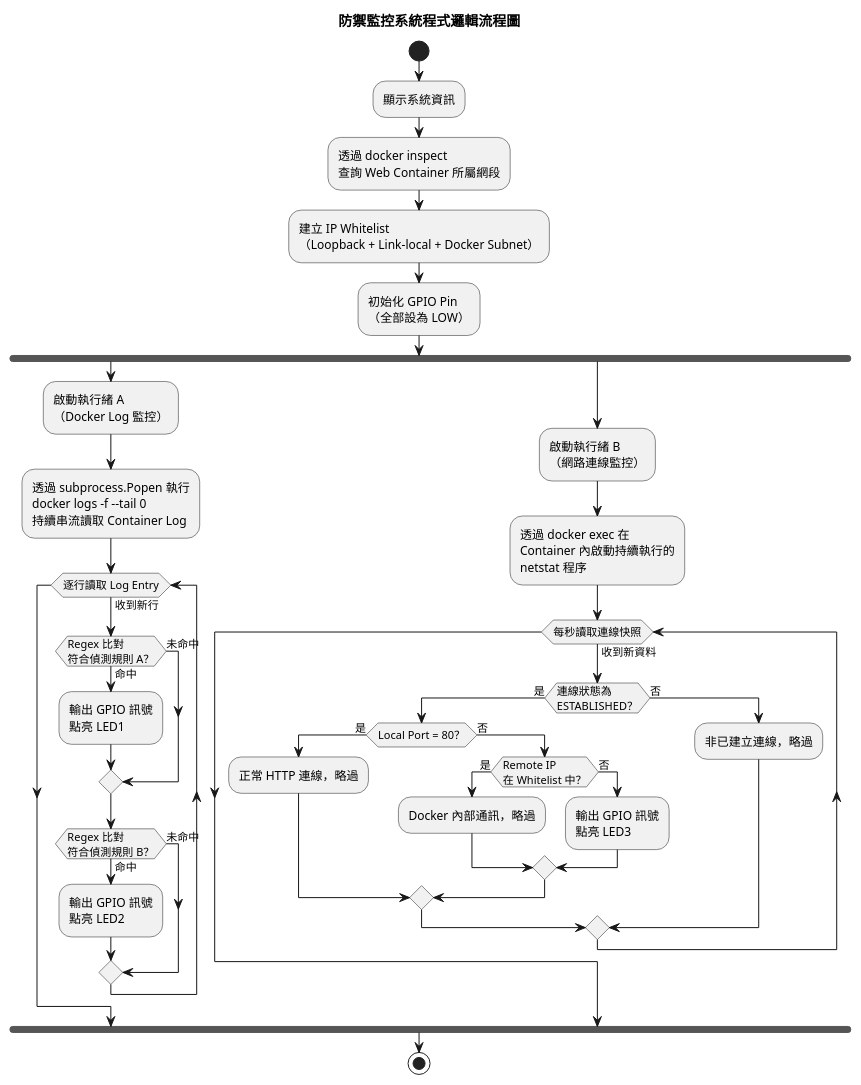
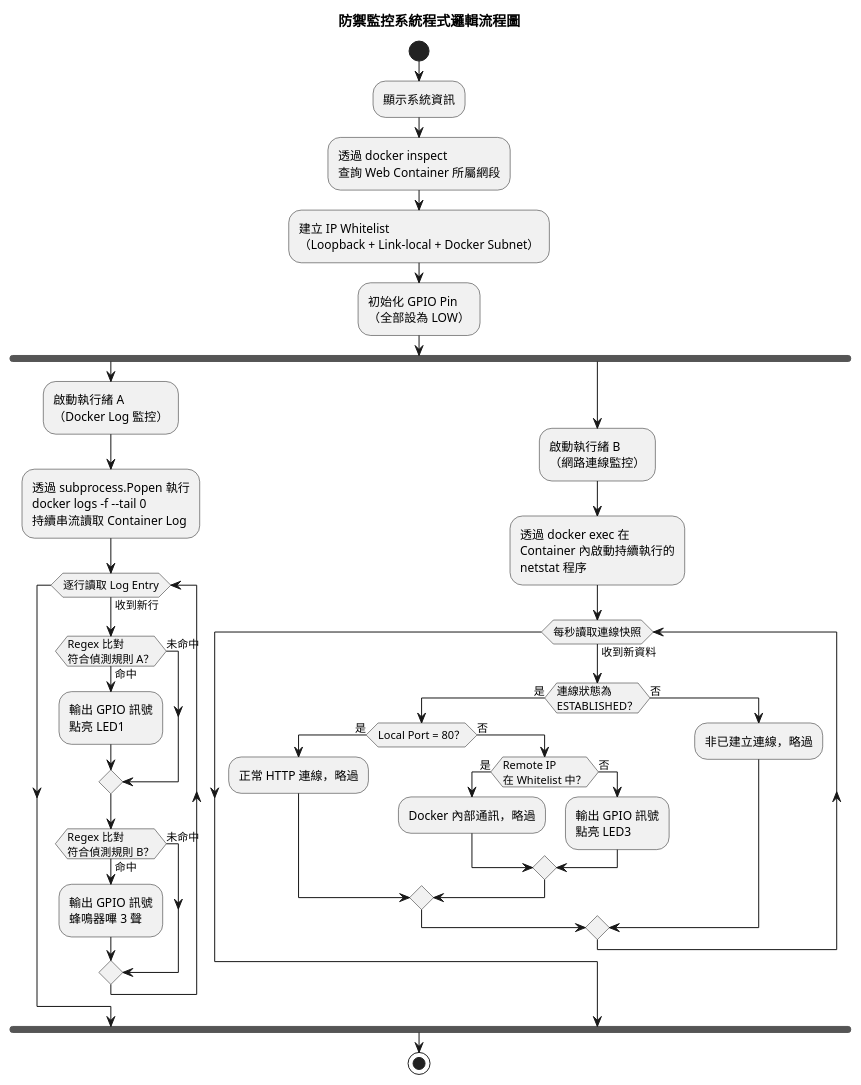
The diagram in docs/flowchart.puml (zyyuy0u/Physic-Flag-CTF), drawn with PlantUML before and after one commit. The commit also changed 6 other files, not shown here.

```diff
--- a/docs/flowchart.puml
+++ b/docs/flowchart.puml
@@ -7,68 +7,68 @@
 @startuml program_logic_flowchart
 title 防禦監控系統程式邏輯流程圖
 
 start
 
 :顯示系統資訊;
 
 :透過 docker inspect
 查詢 Web Container 所屬網段;
 
 :建立 IP Whitelist
 （Loopback + Link-local + Docker Subnet）;
 
 :初始化 GPIO Pin
 （全部設為 LOW）;
 
 fork
   :啟動執行緒 A
   （Docker Log 監控）;
 
   :透過 subprocess.Popen 執行
   docker logs -f --tail 0
   持續串流讀取 Container Log;
 
   while (逐行讀取 Log Entry) is (收到新行)
     if (Regex 比對\n符合偵測規則 A？) then (命中)
       :輸出 GPIO 訊號
       點亮 LED1;
     else (未命中)
     endif
 
     if (Regex 比對\n符合偵測規則 B？) then (命中)
       :輸出 GPIO 訊號
-      點亮 LED2;
+      蜂鳴器嗶 3 聲;
     else (未命中)
     endif
   endwhile
 
 fork again
   :啟動執行緒 B
   （網路連線監控）;
 
   :透過 docker exec 在
   Container 內啟動持續執行的
   netstat 程序;
 
   while (每秒讀取連線快照) is (收到新資料)
     if (連線狀態為\nESTABLISHED？) then (是)
       if (Local Port = 80？) then (是)
         :正常 HTTP 連線，略過;
       else (否)
         if (Remote IP\n在 Whitelist 中？) then (是)
           :Docker 內部通訊，略過;
         else (否)
           :輸出 GPIO 訊號
           點亮 LED3;
         endif
       endif
     else (否)
       :非已建立連線，略過;
     endif
   endwhile
 
 end fork
 
 stop
 
 @enduml
```
